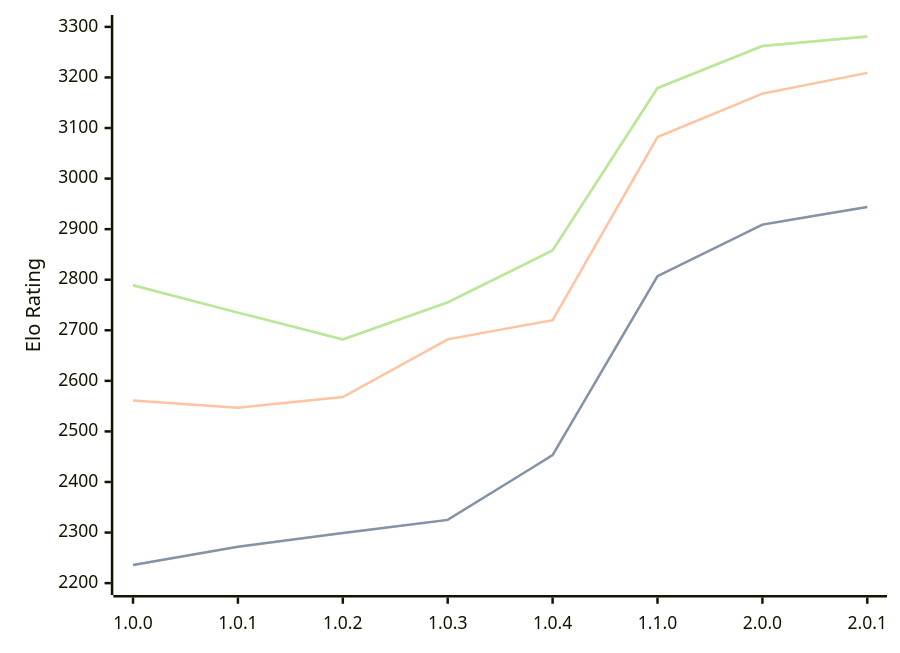
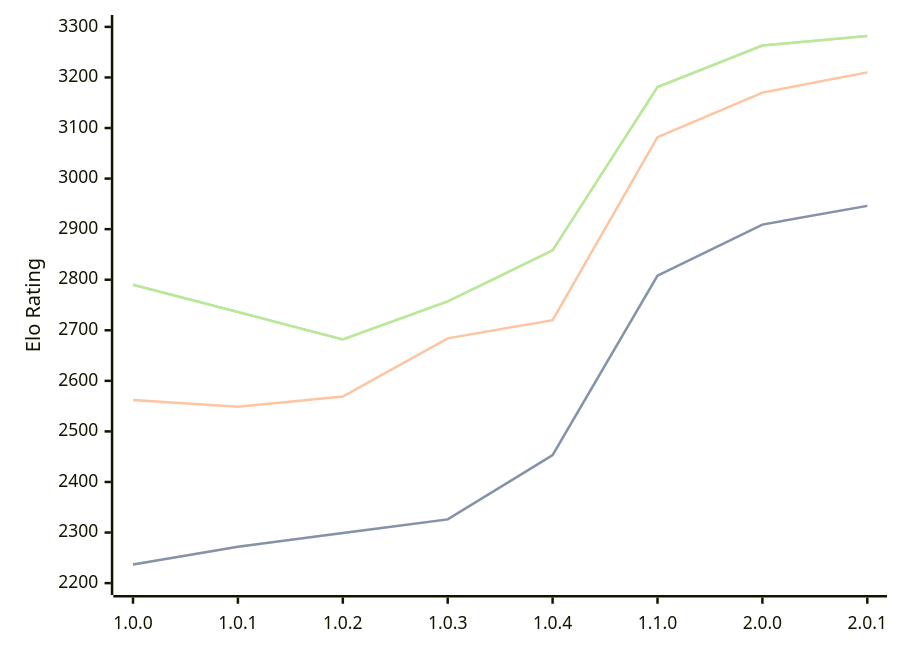
Before and after one commit to computer-chess-index/cci: the diagram in engines/Grail.md, drawn with Mermaid. The commit also changed other lines of this file, not shown here.

Commit message:
Update CCI Ratings (ELO VLTC) - 2026-09-13

````diff
--- a/engines/Grail.md
+++ b/engines/Grail.md
@@ -38,11 +38,11 @@
 ```mermaid
 %%{init: {"theme":"base","themeVariables":{"seriesColors:['#a3a3a3','#222221','#faa371']}}}%%
 xychart-beta
   x-axis ["1.0.0", "1.0.1", "1.0.2", "1.0.3", "1.0.4", "1.1.0", "2.0.0", "2.0.1"]
   y-axis "Elo Rating" 2200 --> 3300
-  line "" [2236, 2272, 2299, 2325, 2453, 2807, 2909, 2944]
-  line "STC (8.0+0.08s)" [2236, 2272, 2299, 2325, 2453, 2807, 2909, 2944]
-  line "LTC (60.0+0.60s)" [2561, 2547, 2568, 2682, 2720, 3082, 3168, 3209]
-  line "" [2789, 2735, 2682, 2755, 2858, 3179, 3262, 3281]
-  line "VLTC (2m24s+1.12s)" [2789, 2735, 2682, 2755, 2858, 3179, 3262, 3281]
+  line "" [2237, 2272, 2299, 2326, 2453, 2808, 2909, 2946]
+  line "STC (8.0+0.08s)" [2237, 2272, 2299, 2326, 2453, 2808, 2909, 2946]
+  line "LTC (60.0+0.60s)" [2562, 2549, 2569, 2684, 2720, 3082, 3170, 3210]
+  line "" [2790, 2736, 2682, 2757, 2858, 3181, 3263, 3282]
+  line "VLTC (2m24s+1.12s)" [2790, 2736, 2682, 2757, 2858, 3181, 3263, 3282]
 ```
````
